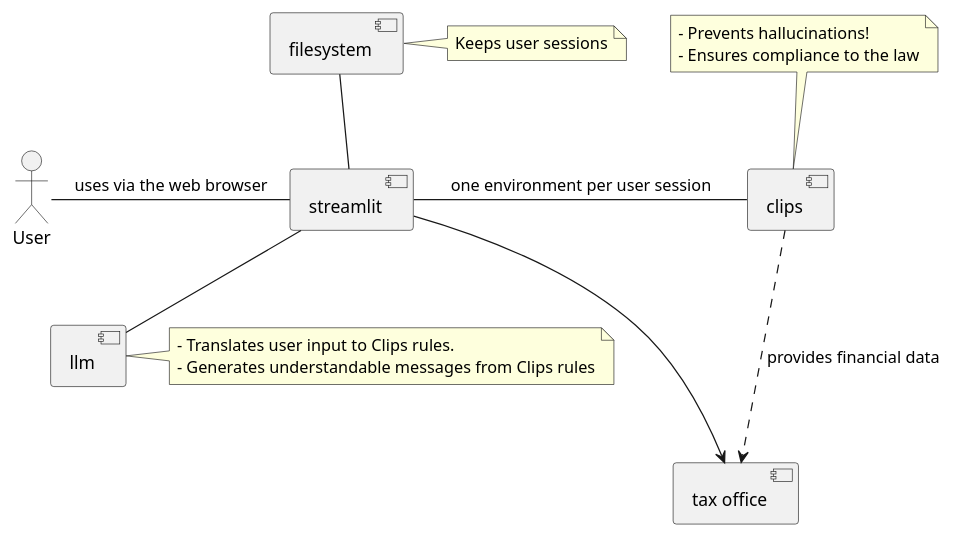
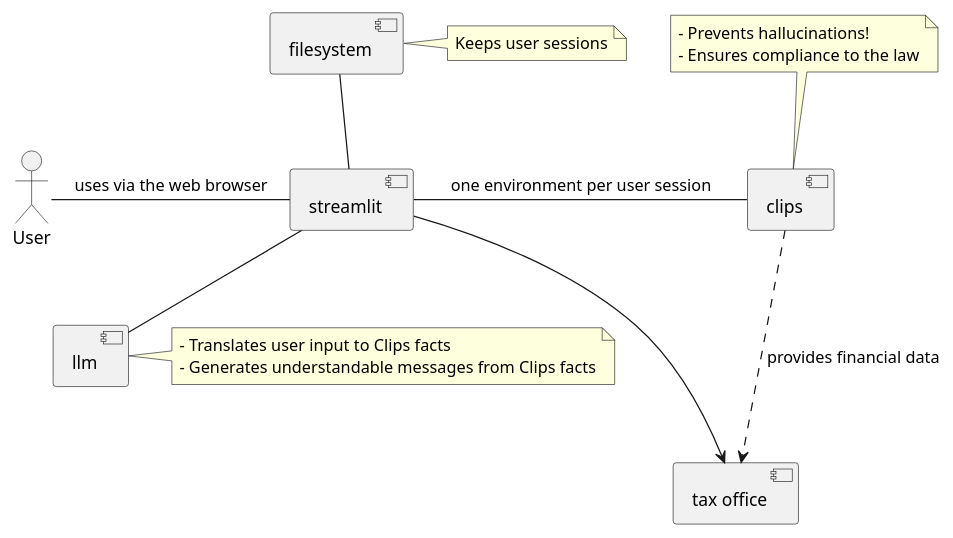
One commit to skorczan/pcc3-clerk changed the diagram in docs/diagrams/overview.plantuml. Above: the diagram before and after it, drawn with PlantUML. The commit also changed 1 other file, not shown here.

Commit message:
Some diagram fixes

```diff
--- a/docs/diagrams/overview.plantuml
+++ b/docs/diagrams/overview.plantuml
@@ -1,25 +1,25 @@
 @startuml
 actor User as user
 
 user - [streamlit] : uses via the web browser
 [filesystem] -- [streamlit]
 [streamlit] - [clips] : one environment per user session
 [streamlit] -- [llm]
 [streamlit] ---> [tax office]
 [clips] ..> [tax office] : provides financial data
 
 note right of [filesystem]
   Keeps user sessions
 end note
 
 note right of [llm]
-  - Translates user input to Clips rules.
-  - Generates understandable messages from Clips rules
+  - Translates user input to Clips facts
+  - Generates understandable messages from Clips facts
 end note
 
 note top of [clips]
   - Prevents hallucinations!
   - Ensures compliance to the law
 end note
 
 @enduml
```
